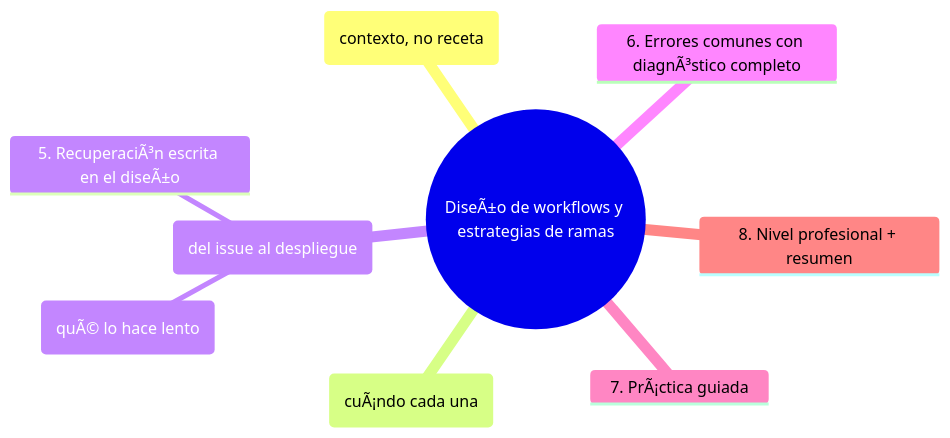
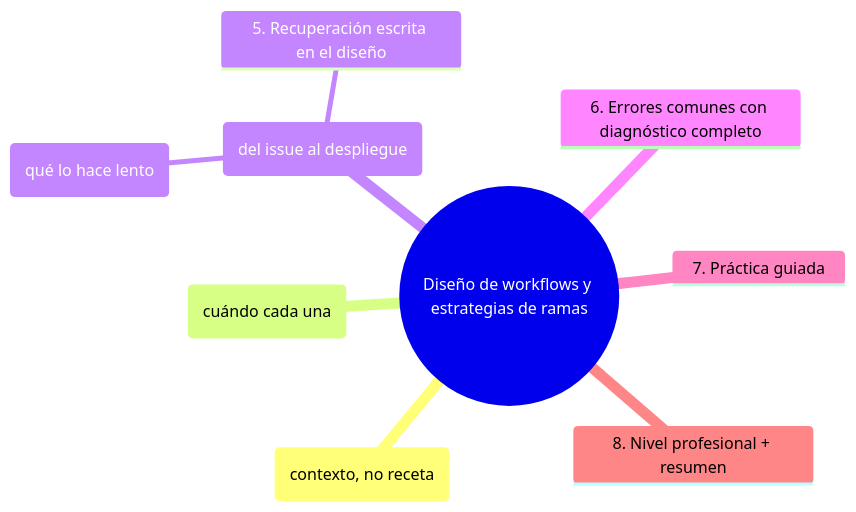
Before and after one commit to jorgesislema/github-paso-a-paso: the first of 2 diagrams in 26-nivel-senior/01-diseno-de-workflows-y-estrategias-de-ramas.md, drawn with Mermaid. The commit also changed other lines of this file, not shown here.

````diff
--- a/26-nivel-senior/01-diseno-de-workflows-y-estrategias-de-ramas.md
+++ b/26-nivel-senior/01-diseno-de-workflows-y-estrategias-de-ramas.md
@@ -10,12 +10,12 @@
 ```mermaid
 mindmap
-  root((DiseÃ±o de workflows y estrategias de ramas))
+  root((Diseño de workflows y estrategias de ramas))
     1. La pregunta senior (contexto, no receta)
-    2. Las estrategias como familia (cuÃ¡ndo cada una)
-    3. DiseÃ±ar el workflow completo (del issue al despliegue)
-      4. Calidad del flujo (quÃ© lo hace lento)
-      5. RecuperaciÃ³n escrita en el diseÃ±o
-    6. Errores comunes con diagnÃ³stico completo
-    7. PrÃ¡ctica guiada
+    2. Las estrategias como familia (cuándo cada una)
+    3. Diseñar el workflow completo (del issue al despliegue)
+      4. Calidad del flujo (qué lo hace lento)
+      5. Recuperación escrita en el diseño
+    6. Errores comunes con diagnóstico completo
+    7. Práctica guiada
     8. Nivel profesional + resumen
 ```
````
